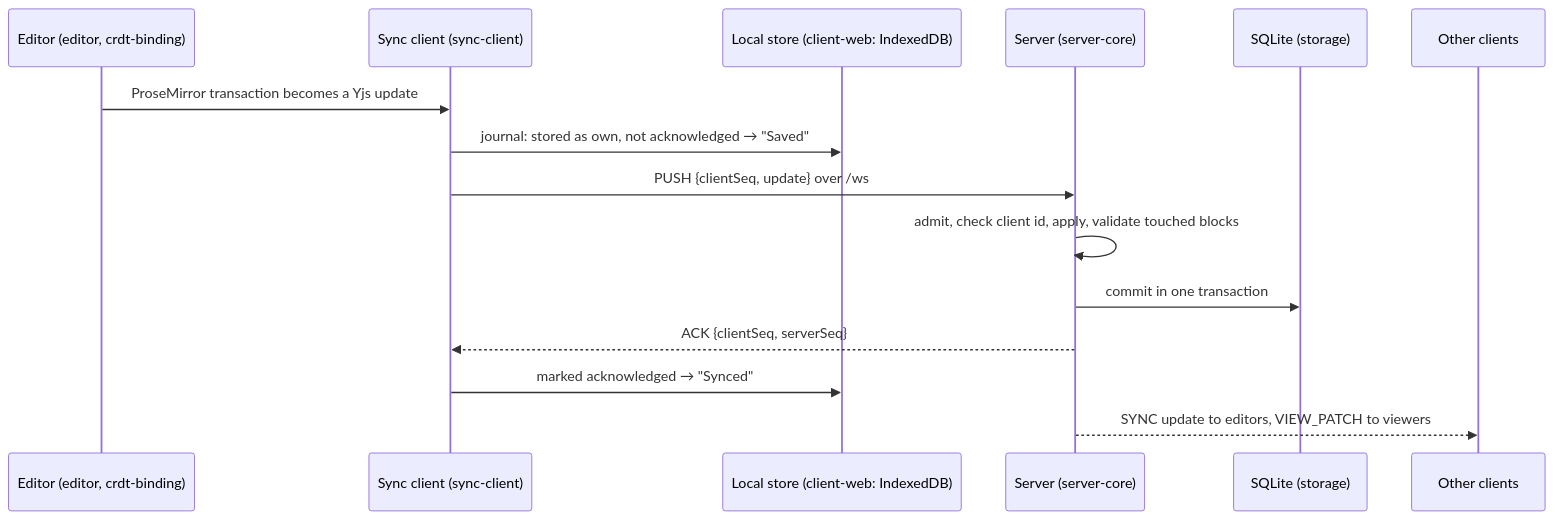
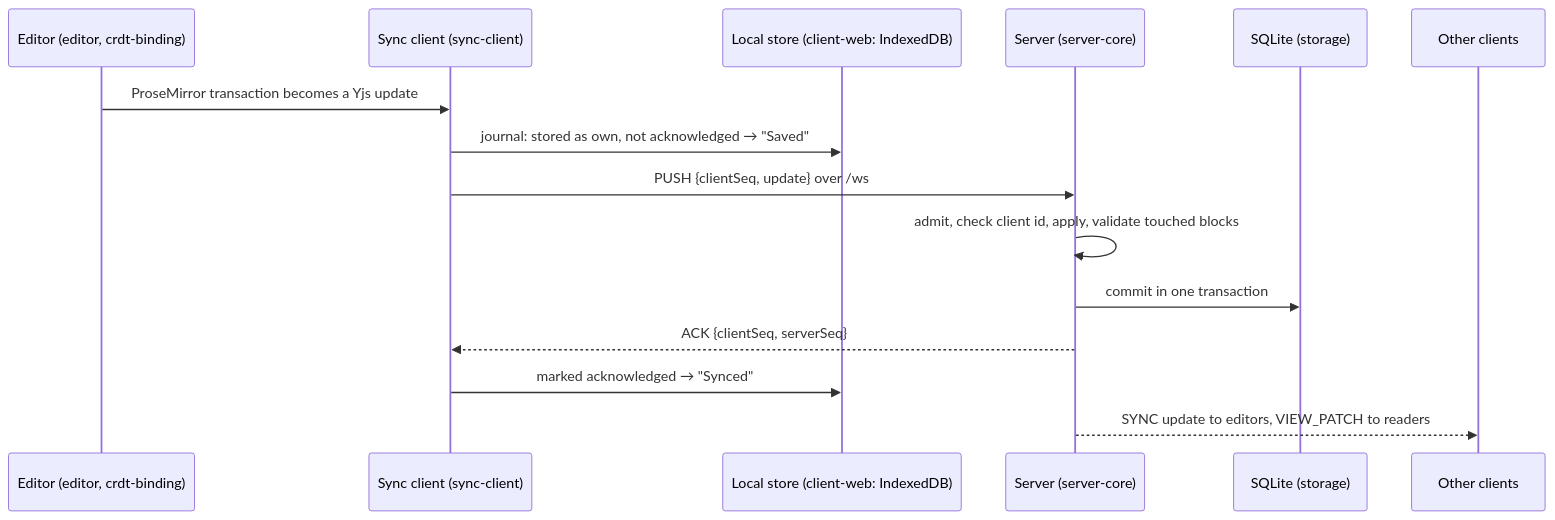
The diagram in docs/architecture/overview.md (HMarzban/manent), drawn with Mermaid before and after one commit. The commit also changed other lines of this file and 19 other files, not shown here.

````diff
--- a/docs/architecture/overview.md
+++ b/docs/architecture/overview.md
@@ -137,17 +137,17 @@
 ```mermaid
 sequenceDiagram
   participant E as Editor (editor, crdt-binding)
   participant C as Sync client (sync-client)
   participant L as Local store (client-web: IndexedDB)
   participant S as Server (server-core)
   participant D as SQLite (storage)
   participant O as Other clients
   E->>C: ProseMirror transaction becomes a Yjs update
   C->>L: journal: stored as own, not acknowledged → "Saved"
   C->>S: PUSH {clientSeq, update} over /ws
   S->>S: admit, check client id, apply, validate touched blocks
   S->>D: commit in one transaction
   S-->>C: ACK {clientSeq, serverSeq}
   C->>L: marked acknowledged → "Synced"
-  S-->>O: SYNC update to editors, VIEW_PATCH to viewers
+  S-->>O: SYNC update to editors, VIEW_PATCH to readers
 ```
````
